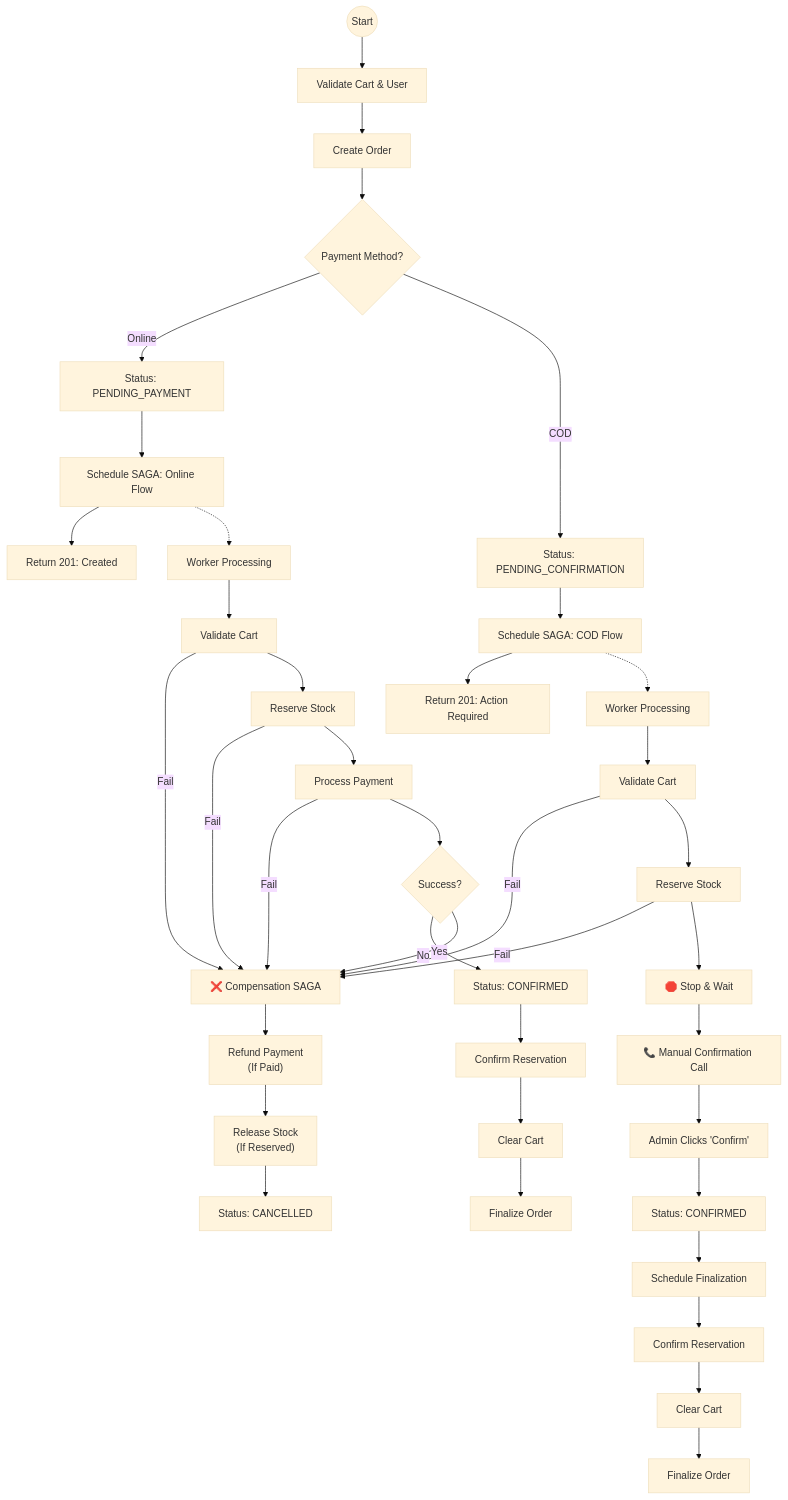
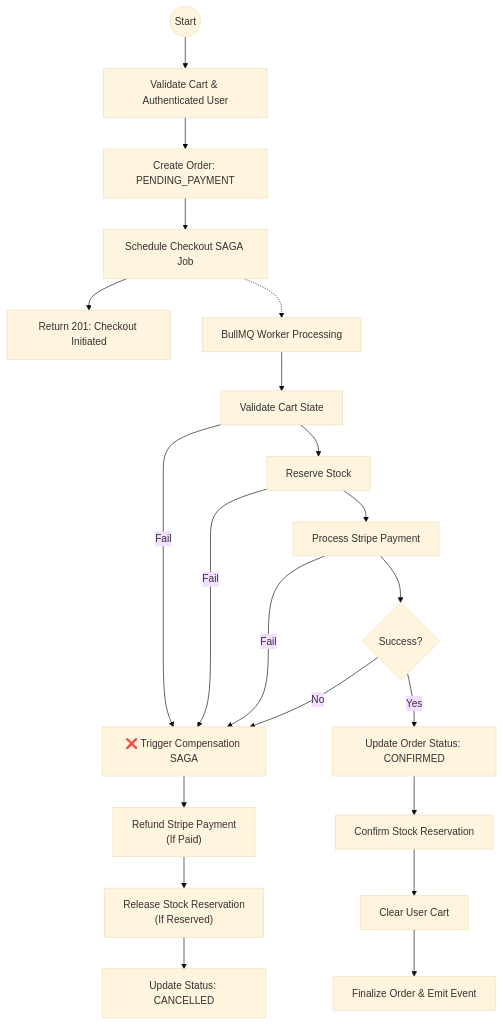
Before and after one commit to raouf-b-dev/ecommerce-store-api: the seventh of 11 diagrams in docs/architecture/ARCHITECTURE.md, drawn with Mermaid (base theme). The commit also changed other lines of this file and 3 other files, not shown here.

First line of the commit message:
ES-139: Update Documentation and Architecture for Stripe Payment Integration

````diff
--- a/docs/architecture/ARCHITECTURE.md
+++ b/docs/architecture/ARCHITECTURE.md
@@ -297,55 +295,29 @@
 ```mermaid
 flowchart TD
-    Start((Start)) --> Validate[Validate Cart & User]
-    Validate --> CreateOrder[Create Order]
+    Start((Start)) --> Validate[Validate Cart & Authenticated User]
+    Validate --> CreateOrder[Create Order: PENDING_PAYMENT]
+    CreateOrder --> Schedule[Schedule Checkout SAGA Job]
+    Schedule --> ReturnClient[Return 201: Checkout Initiated]
 
-    CreateOrder --> CheckMethod{Payment Method?}
-
-    %% Online Flow
-    CheckMethod -->|Online| AssignPending[Status: PENDING_PAYMENT]
-    AssignPending --> ScheduleOnline[Schedule SAGA: Online Flow]
-    ScheduleOnline --> ReturnOnline[Return 201: Created]
-
-    ScheduleOnline -.-> WorkerOnline[Worker Processing]
-    WorkerOnline --> ValidateCart[Validate Cart]
-    ValidateCart -->|Fail| FailSAGA[❌ Compensation SAGA]
+    Schedule -.-> Worker[BullMQ Worker Processing]
+    Worker --> ValidateCart[Validate Cart State]
+    ValidateCart -->|Fail| FailSAGA[❌ Trigger Compensation SAGA]
     ValidateCart --> ReserveStock[Reserve Stock]
 
     ReserveStock -->|Fail| FailSAGA
-    ReserveStock --> ProcessPayment[Process Payment]
+    ReserveStock --> ProcessPayment[Process Stripe Payment]
 
     ProcessPayment -->|Fail| FailSAGA
     ProcessPayment --> PaymentSuccess{Success?}
-    PaymentSuccess -- Yes --> ConfirmOnline[Status: CONFIRMED]
+    PaymentSuccess -- Yes --> ConfirmOrder[Update Order Status: CONFIRMED]
     PaymentSuccess -- No --> FailSAGA
 
-    ConfirmOnline --> ConfirmResOnline[Confirm Reservation]
-    ConfirmResOnline --> ClearCartOnline[Clear Cart]
-    ClearCartOnline --> FinalizeOnline[Finalize Order]
+    ConfirmOrder --> ConfirmRes[Confirm Stock Reservation]
+    ConfirmRes --> ClearCart[Clear User Cart]
+    ClearCart --> Finalize[Finalize Order & Emit Event]
 
-    %% COD Flow
-    CheckMethod -->|COD| AssignConfirm[Status: PENDING_CONFIRMATION]
-    AssignConfirm --> ScheduleCOD[Schedule SAGA: COD Flow]
-    ScheduleCOD --> ReturnCOD[Return 201: Action Required]
-
-    ScheduleCOD -.-> WorkerCOD[Worker Processing]
-    WorkerCOD --> ValidateCartCOD[Validate Cart]
-    ValidateCartCOD -->|Fail| FailSAGA
-    ValidateCartCOD --> ReserveStockCOD[Reserve Stock]
-
-    ReserveStockCOD -->|Fail| FailSAGA
-    ReserveStockCOD --> Stop[🛑 Stop & Wait]
-    Stop --> ManualCall[📞 Manual Confirmation Call]
-    ManualCall --> AdminConfirm[Admin Clicks 'Confirm']
-
-    AdminConfirm --> UpdateStatus[Status: CONFIRMED]
-    UpdateStatus --> ScheduleFinalizeCOD[Schedule Finalization]
-    ScheduleFinalizeCOD --> ConfirmResCOD[Confirm Reservation]
-    ConfirmResCOD --> ClearCartCOD[Clear Cart]
-    ClearCartCOD --> FinalizeCOD[Finalize Order]
-
-    %% Shared Compensation Logic (Handles both Online & COD)
-    FailSAGA --> Refund["Refund Payment<br/>(If Paid)"]
-    Refund --> ReleaseStock["Release Stock<br/>(If Reserved)"]
-    ReleaseStock --> CancelOrder[Status: CANCELLED]
+    %% Compensation Logic
+    FailSAGA --> Refund["Refund Stripe Payment<br/>(If Paid)"]
+    Refund --> ReleaseStock["Release Stock Reservation<br/>(If Reserved)"]
+    ReleaseStock --> CancelOrder[Update Status: CANCELLED]
 ```
````
